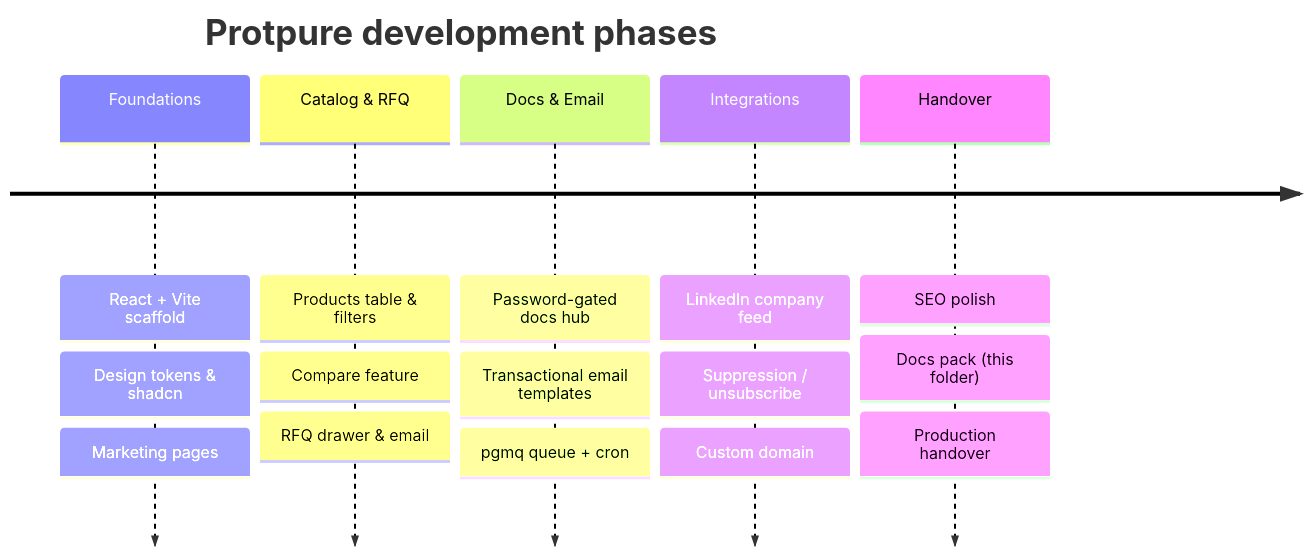
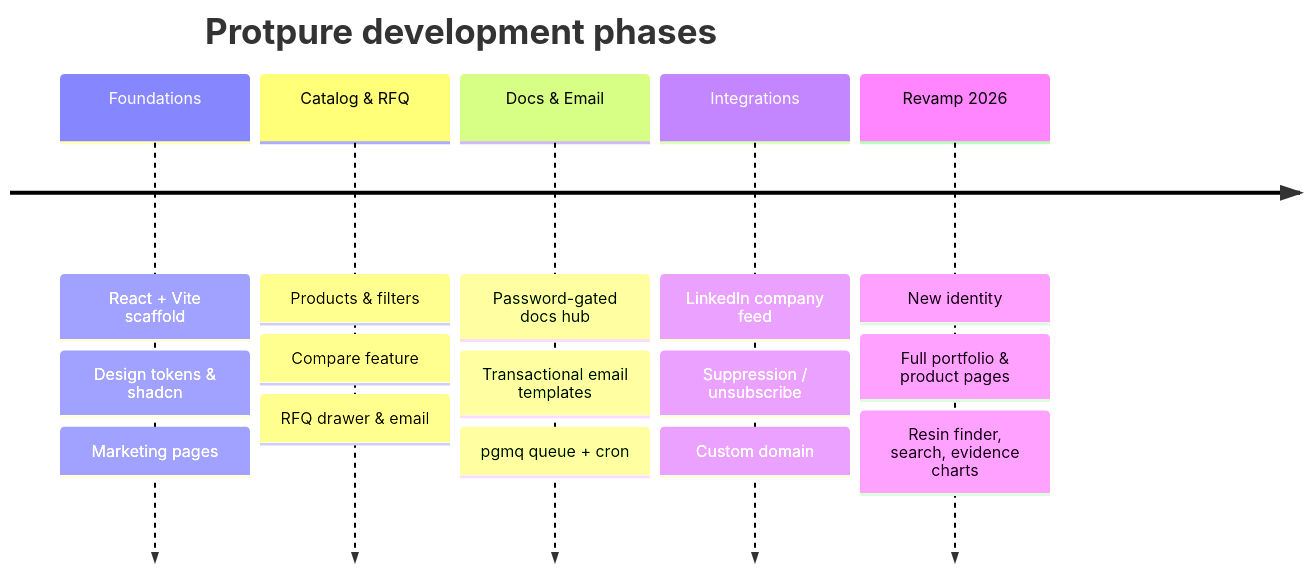
One commit to arka97/protpure-catalog changed the diagram in docs/MASTER_INDEX.md. Above: the diagram before and after it, drawn with Mermaid. The commit also changed other lines of this file and 9 other files, not shown here.

First line of the commit message:
Docs: update the handover pack for the revamp

````diff
--- a/docs/MASTER_INDEX.md
+++ b/docs/MASTER_INDEX.md
@@ -36,9 +42,9 @@
 ```mermaid
 timeline
     title Protpure development phases
     Foundations : React + Vite scaffold : Design tokens & shadcn : Marketing pages
-    Catalog & RFQ : Products table & filters : Compare feature : RFQ drawer & email
+    Catalog & RFQ : Products & filters : Compare feature : RFQ drawer & email
     Docs & Email : Password-gated docs hub : Transactional email templates : pgmq queue + cron
     Integrations : LinkedIn company feed : Suppression / unsubscribe : Custom domain
-    Handover : SEO polish : Docs pack (this folder) : Production handover
+    Revamp 2026 : New identity : Full portfolio & product pages : Resin finder, search, evidence charts
 ```
````
